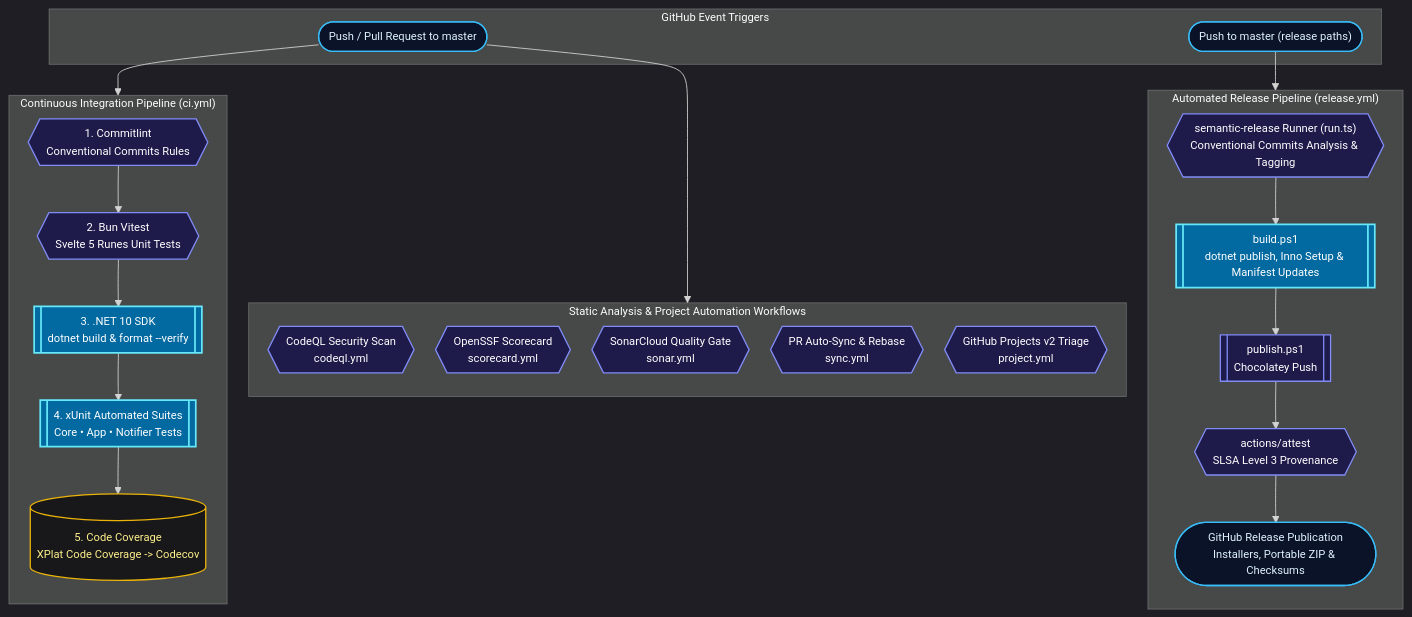
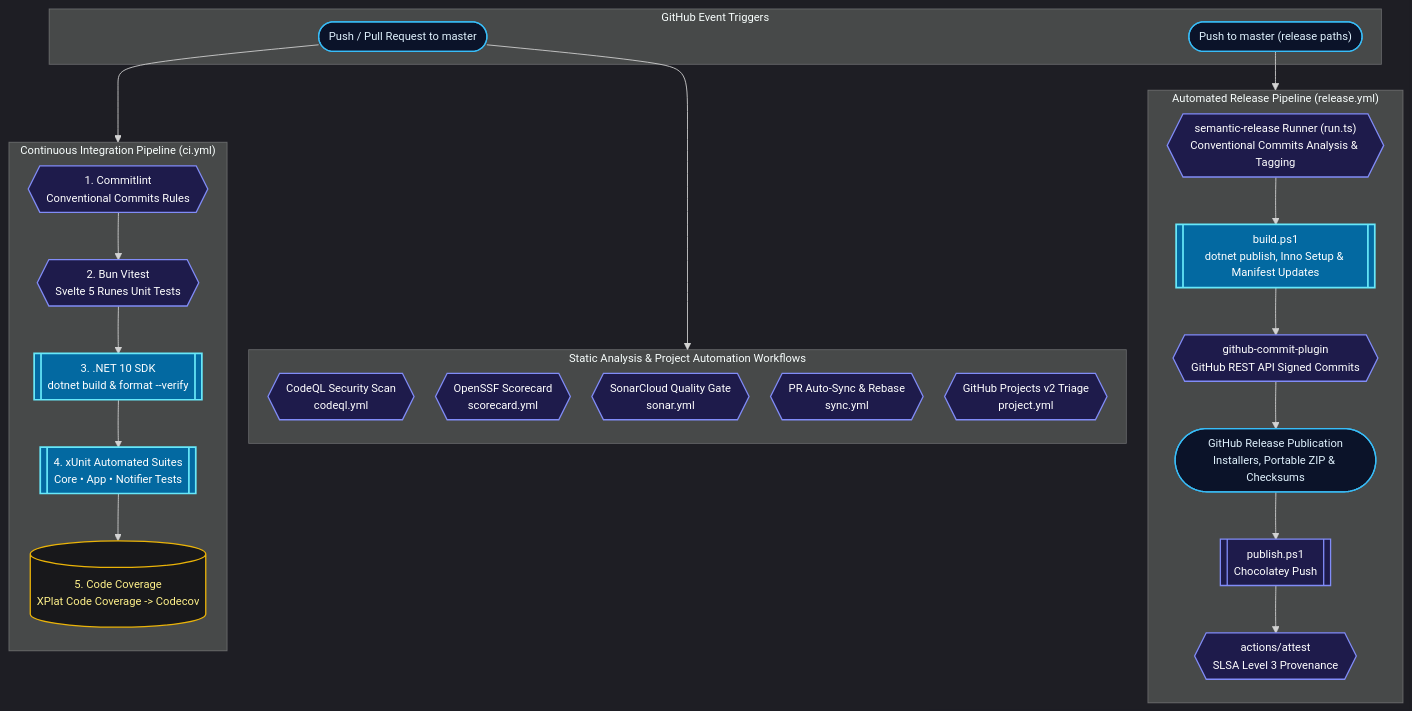
Before and after one commit to Nicconike/LocalTelemetry: the diagram in docs/latest/developer-guide/ci-cd.md, drawn with Mermaid. The commit also changed other lines of this file and 18 other files, not shown here.

Commit message:
fix(ci): harden release pipeline, add verified bot commits and fix package feeds

````diff
--- a/docs/latest/developer-guide/ci-cd.md
+++ b/docs/latest/developer-guide/ci-cd.md
@@ -23,59 +23,61 @@
 ```mermaid
 %%{init: {'theme': 'dark', 'themeVariables': {'fontSize': '13px'}, 'flowchart': {'nodeSpacing': 25, 'rankSpacing': 30, 'curve': 'basis'}}}%%
 flowchart TD
     subgraph Triggers["GitHub Event Triggers"]
         PushPR(["Push / Pull Request to master"])
         PushMaster(["Push to master (release paths)"])
     end
 
     subgraph CI["Continuous Integration Pipeline (ci.yml)"]
         direction TB
         Commitlint{{"1. Commitlint<br/>Conventional Commits Rules"}}
         FrontendTest{{"2. Bun Vitest<br/>Svelte 5 Runes Unit Tests"}}
         DotNetBuild[["3. .NET 10 SDK<br/>dotnet build & format --verify"]]
         DotNetTest[["4. xUnit Automated Suites<br/>Core • App • Notifier Tests"]]
         Coverage[("5. Code Coverage<br/>XPlat Code Coverage -> Codecov")]
 
         Commitlint --> FrontendTest
         FrontendTest --> DotNetBuild
         DotNetBuild --> DotNetTest
         DotNetTest --> Coverage
     end
 
     subgraph QualitySec["Static Analysis & Project Automation Workflows"]
         direction TB
         CodeQL{{"CodeQL Security Scan<br/>codeql.yml"}}
         Scorecard{{"OpenSSF Scorecard<br/>scorecard.yml"}}
         Sonar{{"SonarCloud Quality Gate<br/>sonar.yml"}}
         SyncPR{{"PR Auto-Sync & Rebase<br/>sync.yml"}}
         ProjectTriage{{"GitHub Projects v2 Triage<br/>project.yml"}}
     end
 
     subgraph Release["Automated Release Pipeline (release.yml)"]
         direction TB
         SemRelRunner{{"semantic-release Runner (run.ts)<br/>Conventional Commits Analysis & Tagging"}}
         BuildScript[["build.ps1<br/>dotnet publish, Inno Setup & Manifest Updates"]]
+        CommitPlugin{{"github-commit-plugin<br/>GitHub REST API Signed Commits"}}
+        GitHubRelease(["GitHub Release Publication<br/>Installers, Portable ZIP & Checksums"])
         PublishScript[["publish.ps1<br/>Chocolatey Push"]]
         Attestation{{"actions/attest<br/>SLSA Level 3 Provenance"}}
-        GitHubRelease(["GitHub Release Publication<br/>Installers, Portable ZIP & Checksums"])
 
         SemRelRunner --> BuildScript
-        BuildScript --> PublishScript
+        BuildScript --> CommitPlugin
+        CommitPlugin --> GitHubRelease
+        GitHubRelease --> PublishScript
         PublishScript --> Attestation
-        Attestation --> GitHubRelease
     end
 
     PushPR --> CI
     PushPR --> QualitySec
     PushMaster --> Release
 
     class PushPR,PushMaster,GitHubRelease triggerNode
-    class Commitlint,FrontendTest,CodeQL,Scorecard,Sonar,SyncPR,ProjectTriage,SemRelRunner,PublishScript,Attestation toolNode
+    class Commitlint,FrontendTest,CodeQL,Scorecard,Sonar,SyncPR,ProjectTriage,SemRelRunner,CommitPlugin,PublishScript,Attestation toolNode
     class DotNetBuild,DotNetTest,BuildScript buildNode
     class Coverage dataNode
 
     classDef triggerNode fill:#0b1329,stroke:#38bdf8,stroke-width:1.5px,color:#e0f2fe
     classDef toolNode fill:#1e1b4b,stroke:#818cf8,stroke-width:1.5px,color:#ffffff
     classDef buildNode fill:#0369a1,stroke:#67e8f9,stroke-width:2px,color:#ffffff
     classDef dataNode fill:#18181b,stroke:#eab308,stroke-width:1.5px,color:#fef08a
 ```
````
